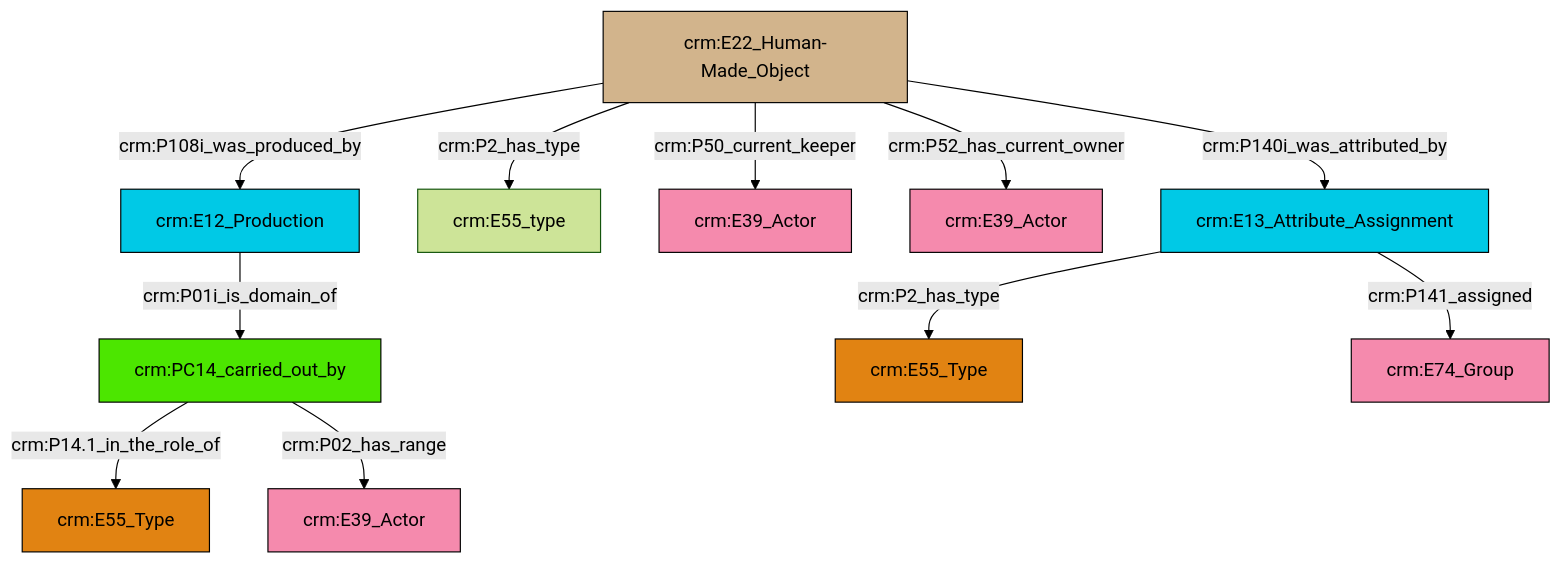
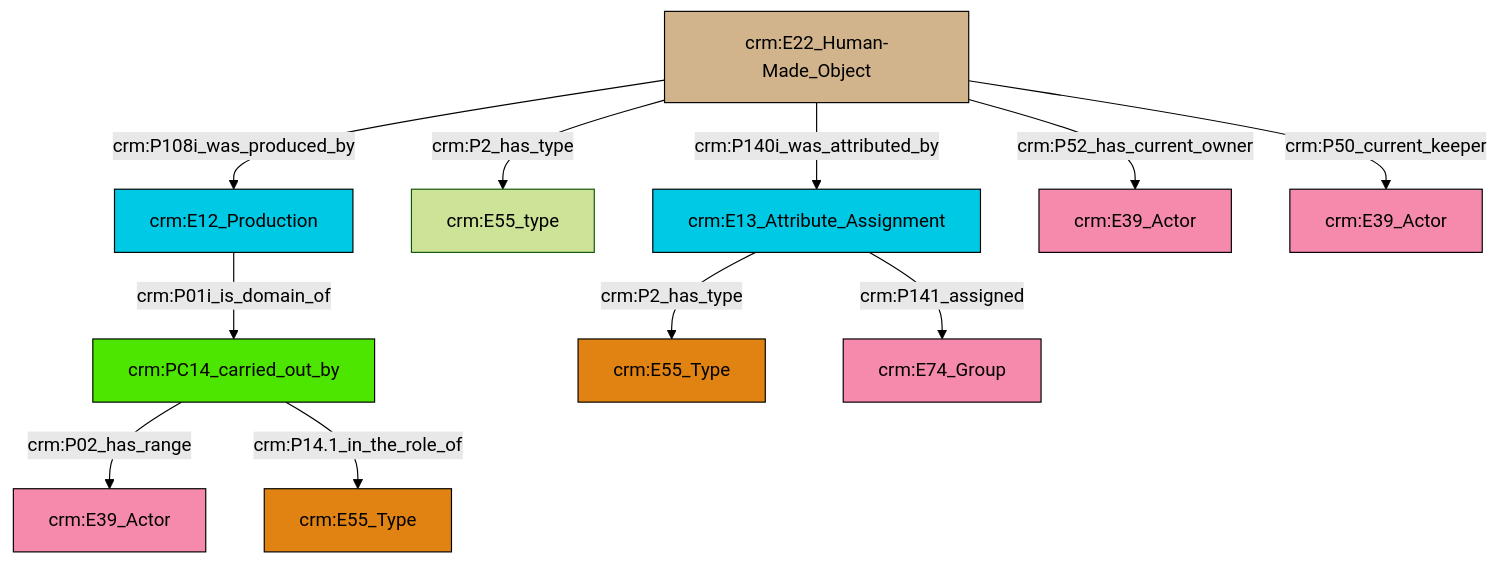
The diagram in et/artworkCSV/ttl/mmd/Artwork_Actor_Relations.ttl.mmd (swiss-art-research-net/docs.swissartresearch), drawn with Mermaid (forest theme) before and after one commit. The commit also changed 211 other files, not shown here.

```diff
--- a/et/artworkCSV/ttl/mmd/Artwork_Actor_Relations.ttl.mmd
+++ b/et/artworkCSV/ttl/mmd/Artwork_Actor_Relations.ttl.mmd
@@ -1,25 +1,25 @@
 graph TD
 classDef Literal fill:#f2f2f2,stroke:#000000;
 classDef CRM_Entity fill:#FFFFFF,stroke:#000000;
 classDef Temporal_Entity fill:#00C9E6, stroke:#000000;
 classDef Type fill:#E18312, stroke:#000000;
 classDef Time-Span fill:#2C9C91, stroke:#000000;
 classDef Appellation fill:#FFEB7F, stroke:#000000;
 classDef Place fill:#008836, stroke:#000000;
 classDef Persistent_Item fill:#B266B2, stroke:#000000;
 classDef Conceptual_Object fill:#FFD700, stroke:#000000;
 classDef Physical_Thing fill:#D2B48C, stroke:#000000;
 classDef Actor fill:#f58aad, stroke:#000000;
 classDef PC_Classes fill:#4ce600, stroke:#000000;
 classDef Multi fill:#cccccc,stroke:#000000;
 
-0["crm:E22_Human-Made_Object"]:::Physical_Thing -->|crm:P140i_was_attributed_by| 1["crm:E13_Attribute_Assignment"]:::Temporal_Entity
-4["crm:PC14_carried_out_by"]:::PC_Classes -->|crm:P14.1_in_the_role_of| 5["crm:E55_Type"]:::Type
-0["crm:E22_Human-Made_Object"]:::Physical_Thing -->|crm:P50_current_keeper| 8["crm:E39_Actor"]:::Actor
-4["crm:PC14_carried_out_by"]:::PC_Classes -->|crm:P02_has_range| 13["crm:E39_Actor"]:::Actor
-1["crm:E13_Attribute_Assignment"]:::Temporal_Entity -->|crm:P141_assigned| 14["crm:E74_Group"]:::Actor
-0["crm:E22_Human-Made_Object"]:::Physical_Thing -->|crm:P108i_was_produced_by| 16["crm:E12_Production"]:::Temporal_Entity
-1["crm:E13_Attribute_Assignment"]:::Temporal_Entity -->|crm:P2_has_type| 6["crm:E55_Type"]:::Type
-16["crm:E12_Production"]:::Temporal_Entity -->|crm:P01i_is_domain_of| 4["crm:PC14_carried_out_by"]:::PC_Classes
-0["crm:E22_Human-Made_Object"]:::Physical_Thing -->|crm:P2_has_type| 2["crm:E55_type"]:::Default
-0["crm:E22_Human-Made_Object"]:::Physical_Thing -->|crm:P52_has_current_owner| 11["crm:E39_Actor"]:::Actor
+2["crm:E22_Human-Made_Object"]:::Physical_Thing -->|crm:P140i_was_attributed_by| 3["crm:E13_Attribute_Assignment"]:::Temporal_Entity
+4["crm:PC14_carried_out_by"]:::PC_Classes -->|crm:P02_has_range| 5["crm:E39_Actor"]:::Actor
+4["crm:PC14_carried_out_by"]:::PC_Classes -->|crm:P14.1_in_the_role_of| 0["crm:E55_Type"]:::Type
+3["crm:E13_Attribute_Assignment"]:::Temporal_Entity -->|crm:P2_has_type| 9["crm:E55_Type"]:::Type
+2["crm:E22_Human-Made_Object"]:::Physical_Thing -->|crm:P2_has_type| 7["crm:E55_type"]:::Default
+2["crm:E22_Human-Made_Object"]:::Physical_Thing -->|crm:P108i_was_produced_by| 10["crm:E12_Production"]:::Temporal_Entity
+2["crm:E22_Human-Made_Object"]:::Physical_Thing -->|crm:P52_has_current_owner| 15["crm:E39_Actor"]:::Actor
+10["crm:E12_Production"]:::Temporal_Entity -->|crm:P01i_is_domain_of| 4["crm:PC14_carried_out_by"]:::PC_Classes
+2["crm:E22_Human-Made_Object"]:::Physical_Thing -->|crm:P50_current_keeper| 17["crm:E39_Actor"]:::Actor
+3["crm:E13_Attribute_Assignment"]:::Temporal_Entity -->|crm:P141_assigned| 12["crm:E74_Group"]:::Actor
```
